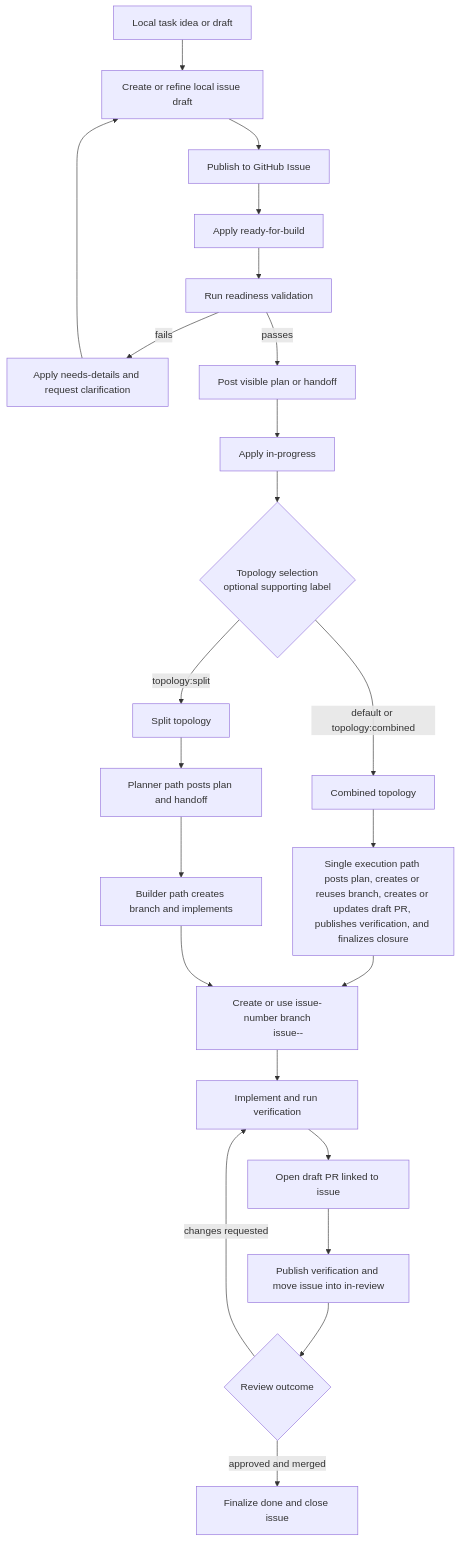
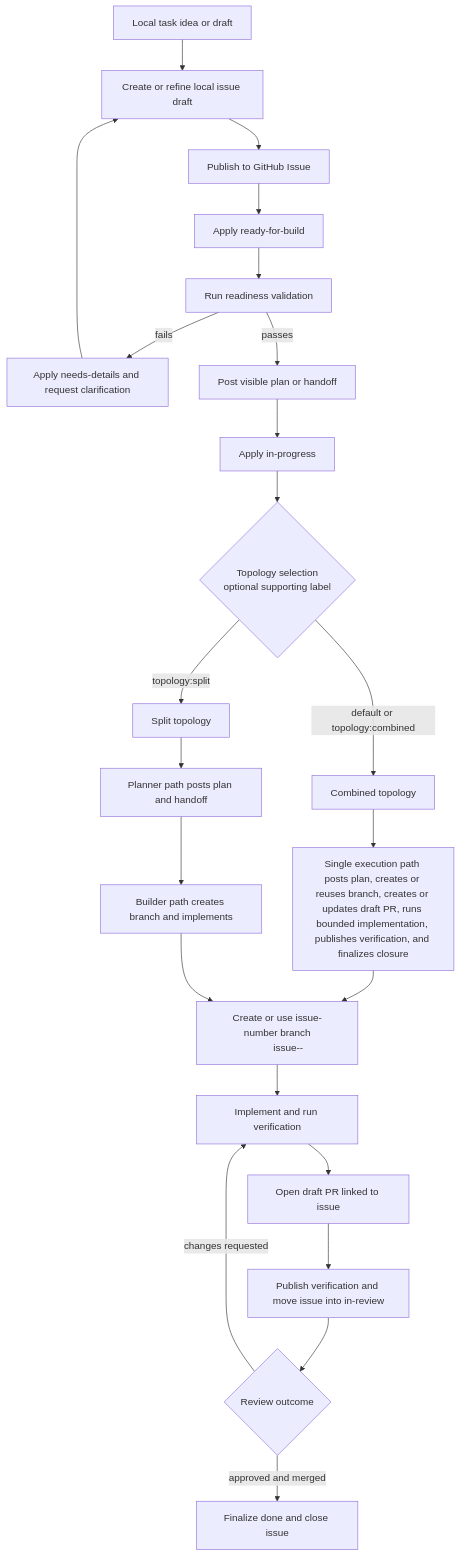
The first of 2 diagrams in public/LIFECYCLE.md (AgenticSDLC/agentic-sdlc-ops), drawn with Mermaid before and after one commit. The commit also changed other lines of this file and 9 other files, not shown here.

````diff
--- a/public/LIFECYCLE.md
+++ b/public/LIFECYCLE.md
@@ -9,30 +9,30 @@
 ```mermaid
 flowchart TD
 	A[Local task idea or draft] --> B[Create or refine local issue draft]
 	B --> C[Publish to GitHub Issue]
 	C --> D[Apply ready-for-build]
 	D --> E[Run readiness validation]
 	E -->|fails| F[Apply needs-details and request clarification]
 	F --> B
 	E -->|passes| G[Post visible plan or handoff]
 	G --> H[Apply in-progress]
 
 	H --> I{Topology selection
 	optional supporting label}
 	I -->|default or topology:combined| J[Combined topology]
 	I -->|topology:split| K[Split topology]
 
-	J --> L[Single execution path posts plan, creates or reuses branch, creates or updates draft PR, publishes verification, and finalizes closure]
+	J --> L[Single execution path posts plan, creates or reuses branch, creates or updates draft PR, runs bounded implementation, publishes verification, and finalizes closure]
 	K --> M[Planner path posts plan and handoff]
 	M --> N[Builder path creates branch and implements]
 
 	L --> O[Create or use issue-number branch
 	issue-<number>-<slug>]
 	N --> O
 	O --> P[Implement and run verification]
 	P --> Q[Open draft PR linked to issue]
 	Q --> R[Publish verification and move issue into in-review]
 	R --> S{Review outcome}
 	S -->|changes requested| P
 	S -->|approved and merged| T[Finalize done and close issue]
 ```
````
